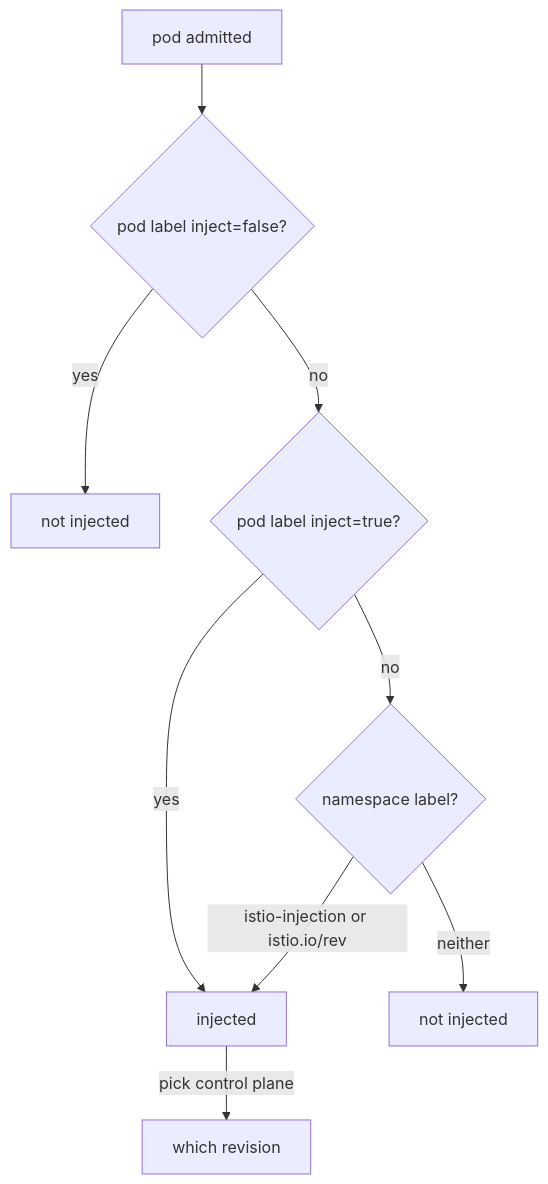
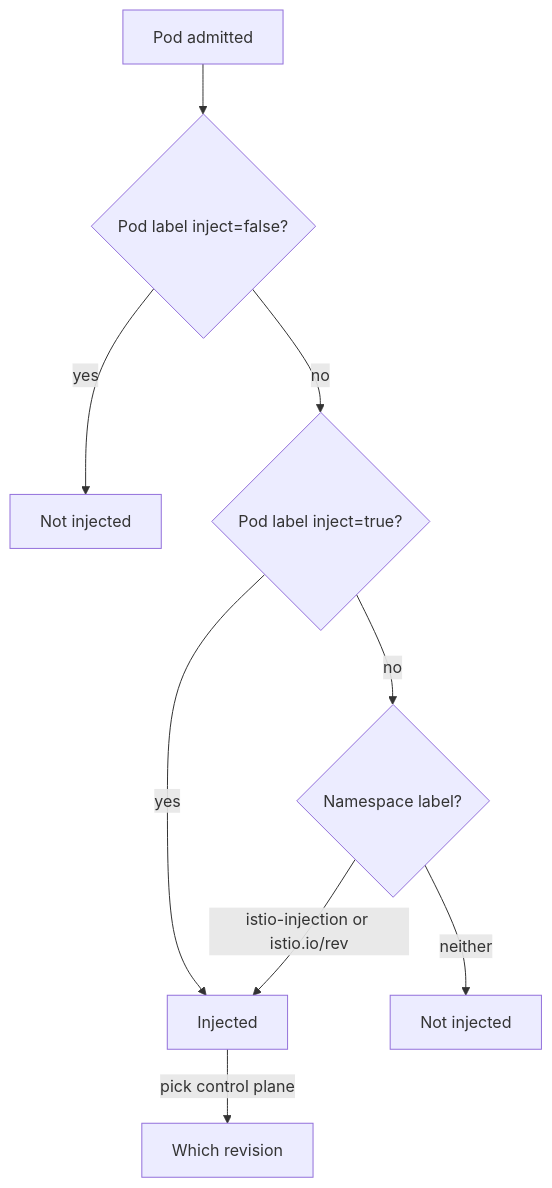
Before and after one commit to astrona-io/ATS013: the diagram in sections/section-020/module-02/course-02-the-precedence-rules.md, drawn with Mermaid. The commit also changed other lines of this file and 18 other files, not shown here.

````diff
--- a/sections/section-020/module-02/course-02-the-precedence-rules.md
+++ b/sections/section-020/module-02/course-02-the-precedence-rules.md
@@ -26,11 +24,11 @@
 ```mermaid
-flowchart TD
-    S["pod admitted"] --> Q1{"pod label inject=false?"}
-    Q1 -->|"yes"| N1["not injected"]
-    Q1 -->|"no"| Q2{"pod label inject=true?"}
-    Q2 -->|"yes"| Y["injected"]
-    Q2 -->|"no"| Q3{"namespace label?"}
-    Q3 -->|"neither"| N2["not injected"]
+flowchart TB
+    S["Pod admitted"] --> Q1{"Pod label inject=false?"}
+    Q1 -->|"yes"| N1["Not injected"]
+    Q1 -->|"no"| Q2{"Pod label inject=true?"}
+    Q2 -->|"yes"| Y["Injected"]
+    Q2 -->|"no"| Q3{"Namespace label?"}
+    Q3 -->|"neither"| N2["Not injected"]
     Q3 -->|"istio-injection or istio.io/rev"| Y
-    Y -->|"pick control plane"| W["which revision"]
+    Y -->|"pick control plane"| W["Which revision"]
 ```
````
